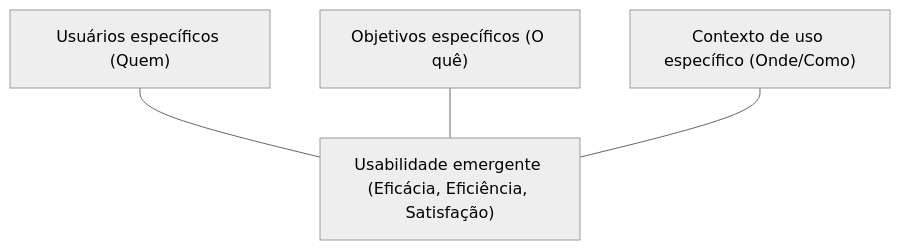
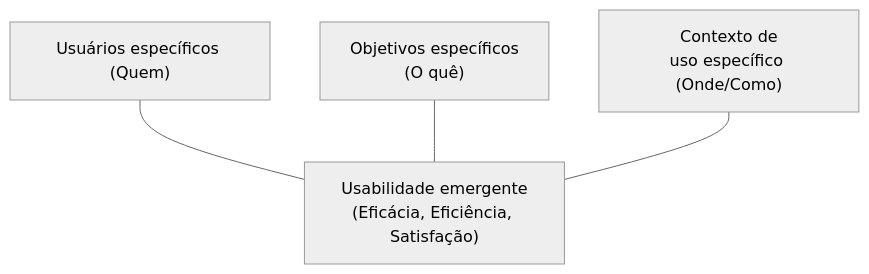
The first of 4 diagrams in 08. Design de Interacao/12. Modelagem de usuário - perfil, persona e mapa de empatia.md (leorruas/puc), drawn with Mermaid (neutral theme) before and after one commit. The commit also changed other lines of this file and 16 other files, not shown here.

Commit message:
style(mermaid): comprehensive audit and optimization of 45 Mermaid blocks across all 22 topic notes

````diff
--- a/08. Design de Interacao/12. Modelagem de usuário - perfil, persona e mapa de empatia.md
+++ b/08. Design de Interacao/12. Modelagem de usuário - perfil, persona e mapa de empatia.md
@@ -51,6 +51,6 @@
 ```mermaid
 graph TD
-    A["Usuários específicos (Quem)"] --- D["Usabilidade emergente (Eficácia, Eficiência, Satisfação)"]
-    B["Objetivos específicos (O quê)"] --- D
-    C["Contexto de uso específico (Onde/Como)"] --- D
+    A["Usuários específicos (Quem)"] --- D["Usabilidade emergente<br>(Eficácia, Eficiência, Satisfação)"]
+    B["Objetivos específicos<br>(O quê)"] --- D
+    C["Contexto de<br>uso específico (Onde/Como)"] --- D
 ```
````
